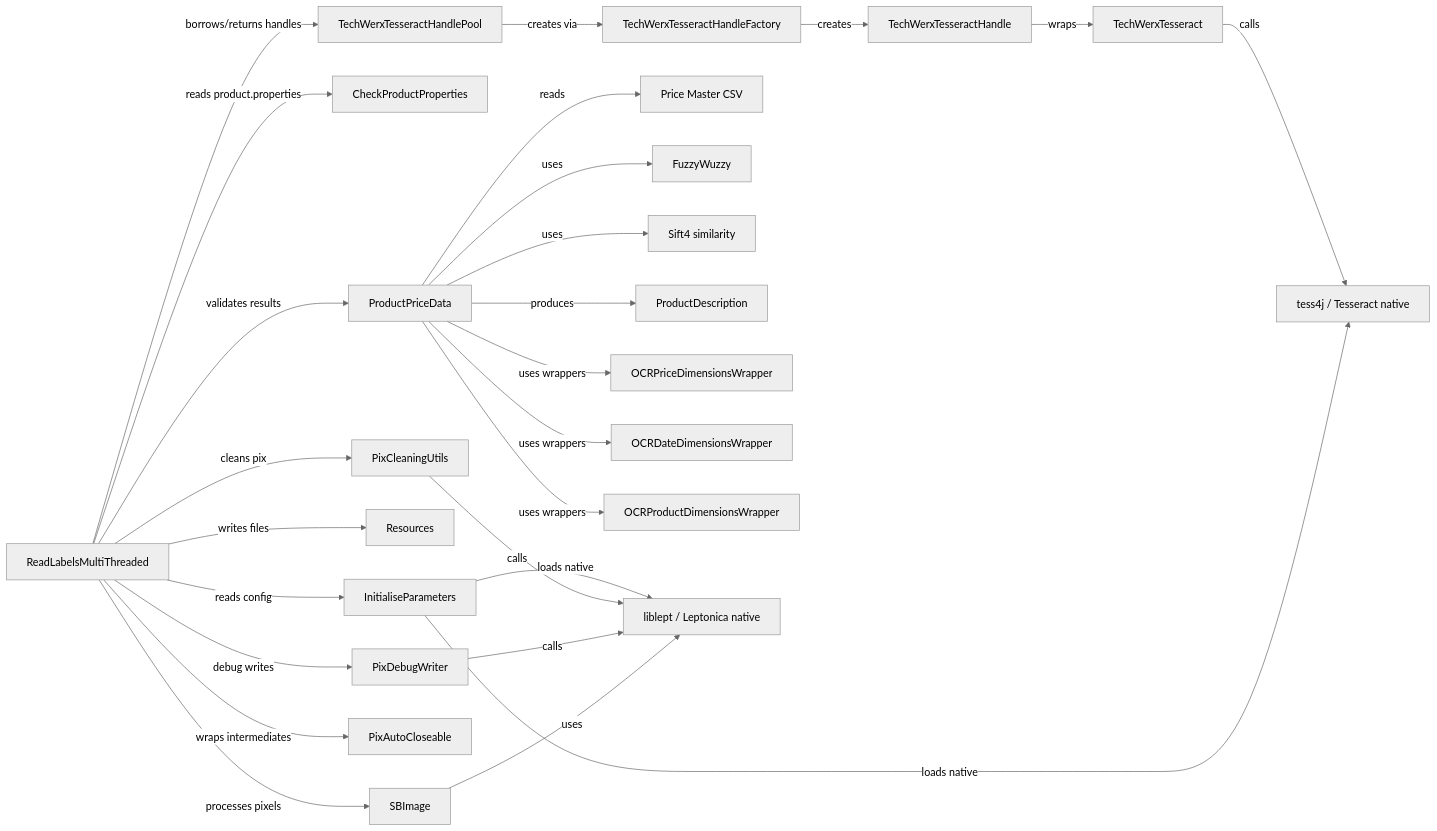
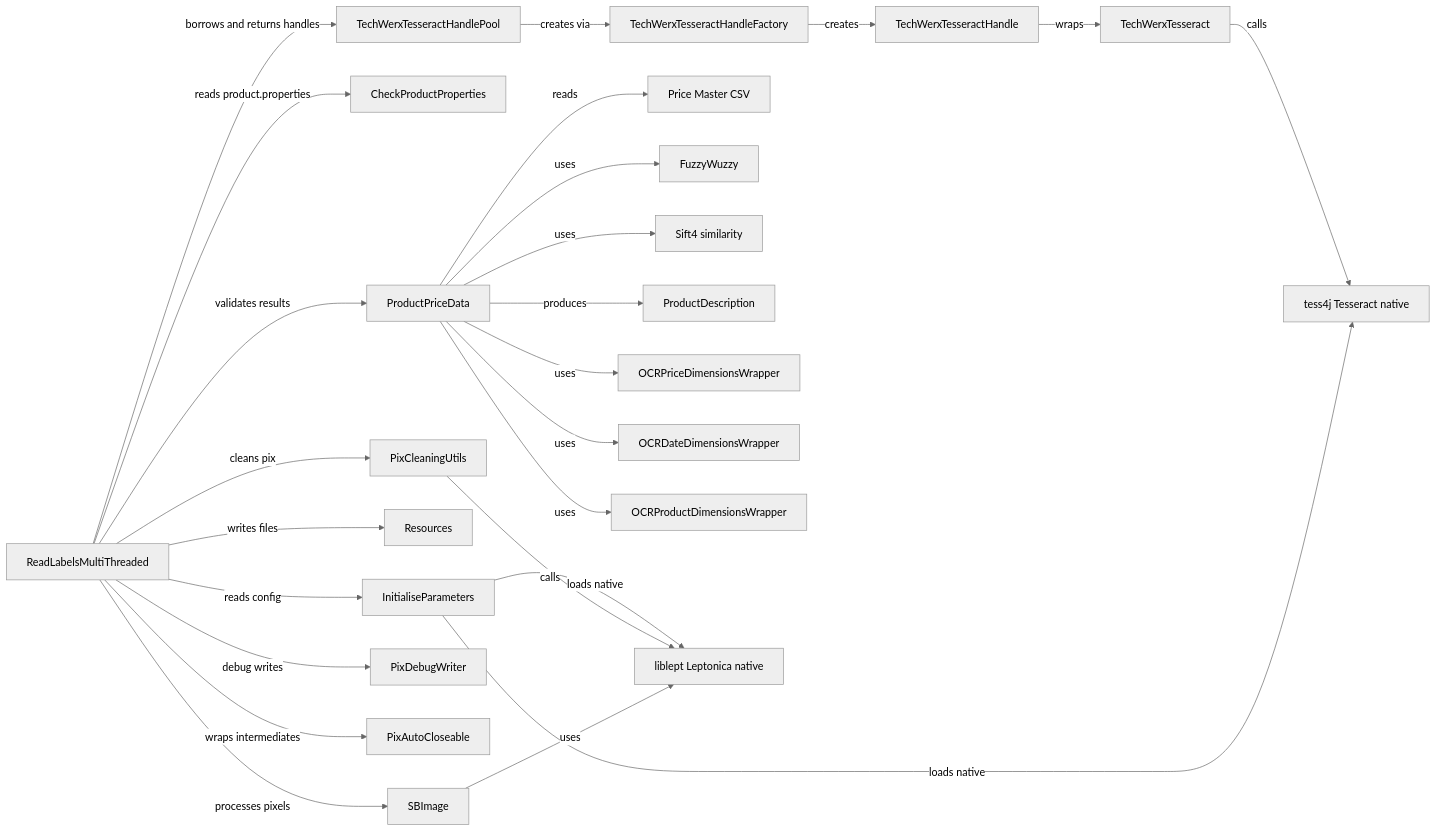
Before and after one commit to UBags/KitchenwarePackagingCompliance: the fifth of 15 diagrams in ReadMe.md, drawn with Mermaid (neutral theme). The commit also changed other lines of this file, not shown here.

````diff
--- a/ReadMe.md
+++ b/ReadMe.md
@@ -398,35 +346,28 @@
 ```mermaid
 graph LR
-    RLM[ReadLabelsMultiThreaded]
-
-    RLM -->|reads config| IP[InitialiseParameters]
-    RLM -->|reads product.properties| CPP[CheckProductProperties]
-    RLM -->|validates results| PPD[ProductPriceData]
-    RLM -->|borrows/returns handles| TTHP[TechWerxTesseractHandlePool]
-    RLM -->|writes files| RES[Resources]
-    RLM -->|cleans pix| PCU[PixCleaningUtils]
-    RLM -->|debug writes| PDW[PixDebugWriter]
-    RLM -->|wraps intermediates| PAC[PixAutoCloseable]
-
-    TTHP -->|creates via| TTHF[TechWerxTesseractHandleFactory]
-    TTHF -->|creates| TTHL[TechWerxTesseractHandle]
-    TTHL -->|wraps| TTT[TechWerxTesseract]
-    TTT -->|calls| TESS4J[tess4j / Tesseract native]
-
-    PPD -->|reads| CSV[Price Master CSV]
-    PPD -->|uses| FW[FuzzyWuzzy]
-    PPD -->|uses| S4[Sift4 similarity]
-    PPD -->|produces| PD[ProductDescription]
-    PPD -->|uses wrappers| OCRPW[OCRPriceDimensionsWrapper]
-    PPD -->|uses wrappers| OCRDW[OCRDateDimensionsWrapper]
-    PPD -->|uses wrappers| OCRPDW[OCRProductDimensionsWrapper]
-
-    IP -->|loads native| LEPT[liblept / Leptonica native]
-    IP -->|loads native| TESS4J
-
-    PCU -->|calls| LEPT
-    PDW -->|calls| LEPT
-
-    RLM -->|processes pixels| SBI[SBImage]
-    SBI -->|uses| LEPT
+    RLM["ReadLabelsMultiThreaded"]
+    RLM -->|"reads config"| IP["InitialiseParameters"]
+    RLM -->|"reads product.properties"| CPP["CheckProductProperties"]
+    RLM -->|"validates results"| PPD["ProductPriceData"]
+    RLM -->|"borrows and returns handles"| TTHP["TechWerxTesseractHandlePool"]
+    RLM -->|"writes files"| RES["Resources"]
+    RLM -->|"cleans pix"| PCU["PixCleaningUtils"]
+    RLM -->|"debug writes"| PDW["PixDebugWriter"]
+    RLM -->|"wraps intermediates"| PAC["PixAutoCloseable"]
+    TTHP -->|"creates via"| TTHF["TechWerxTesseractHandleFactory"]
+    TTHF -->|"creates"| TTHL["TechWerxTesseractHandle"]
+    TTHL -->|"wraps"| TTT["TechWerxTesseract"]
+    TTT -->|"calls"| TESS4J["tess4j Tesseract native"]
+    PPD -->|"reads"| CSV["Price Master CSV"]
+    PPD -->|"uses"| FW["FuzzyWuzzy"]
+    PPD -->|"uses"| S4["Sift4 similarity"]
+    PPD -->|"produces"| PD["ProductDescription"]
+    PPD -->|"uses"| OCRPW["OCRPriceDimensionsWrapper"]
+    PPD -->|"uses"| OCRDW["OCRDateDimensionsWrapper"]
+    PPD -->|"uses"| OCRPDW["OCRProductDimensionsWrapper"]
+    IP -->|"loads native"| LEPT["liblept Leptonica native"]
+    IP -->|"loads native"| TESS4J
+    PCU -->|"calls"| LEPT
+    RLM -->|"processes pixels"| SBI["SBImage"]
+    SBI -->|"uses"| LEPT
 ```
````
